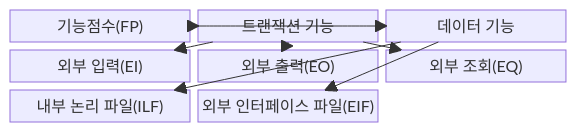
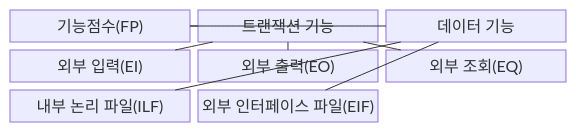
The first of 2 diagrams in src/content/docs/notes/03-software/073_function_point.md (agnusdei1207/knowledge-base), drawn with Mermaid before and after one commit. The commit also changed other lines of this file and 493 other files, not shown here.

````diff
--- a/src/content/docs/notes/03-software/073_function_point.md
+++ b/src/content/docs/notes/03-software/073_function_point.md
@@ -68,19 +68,19 @@
 ```mermaid
-block
+block-beta
   columns 3
   FP["기능점수(FP)"]
   T["트랜잭션 기능"]
   D["데이터 기능"]
   EI["외부 입력(EI)"]
   EO["외부 출력(EO)"]
   EQ["외부 조회(EQ)"]
   ILF["내부 논리 파일(ILF)"]
   EIF["외부 인터페이스 파일(EIF)"]
-  FP --> T
-  FP --> D
-  T --> EI
-  T --> EO
-  T --> EQ
-  D --> ILF
-  D --> EIF
+  FP --- T
+  FP --- D
+  T --- EI
+  T --- EO
+  T --- EQ
+  D --- ILF
+  D --- EIF
 ```
````
